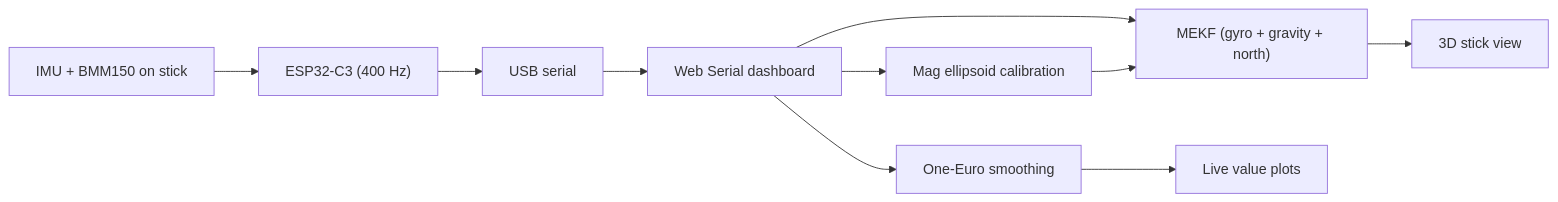
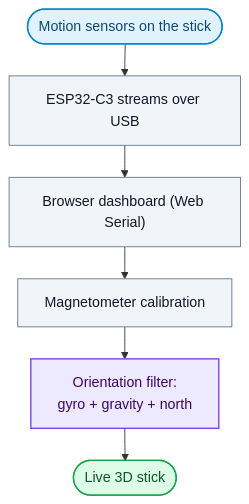
The diagram in projects/virtual-drumkit.md (arukh281/arukh281), drawn with Mermaid before and after one commit. The commit also changed 5 other files, not shown here.

Commit message:
Cleaner diagrams, Earmark back in Now, desi-tts repo link, vendor ledger

````diff
--- a/projects/virtual-drumkit.md
+++ b/projects/virtual-drumkit.md
@@ -13,12 +13,13 @@
 ```mermaid
-flowchart LR
-  A["IMU + BMM150 on stick"] --> B["ESP32-C3 (400 Hz)"]
-  B --> C["USB serial"]
-  C --> D["Web Serial dashboard"]
-  D --> F["Mag ellipsoid calibration"]
-  D --> G["MEKF (gyro + gravity + north)"]
-  F --> G
-  G --> H["3D stick view"]
-  D --> E["One-Euro smoothing"]
-  E --> I["Live value plots"]
+%%{init: {'flowchart': {'curve': 'basis', 'nodeSpacing': 30, 'rankSpacing': 36}}}%%
+flowchart TD
+    A(["Motion sensors on the stick"]):::in --> B["ESP32-C3 streams over USB"]:::step
+    B --> C["Browser dashboard (Web Serial)"]:::step
+    C --> D["Magnetometer calibration"]:::step
+    D --> E["Orientation filter:<br/>gyro + gravity + north"]:::ai
+    E --> F(["Live 3D stick"]):::out
+    classDef in fill:#e0f2fe,stroke:#0284c7,color:#0c4a6e,stroke-width:1.5px
+    classDef step fill:#f1f5f9,stroke:#64748b,color:#0f172a,stroke-width:1px
+    classDef ai fill:#ede9fe,stroke:#7c3aed,color:#3b0764,stroke-width:1.5px
+    classDef out fill:#dcfce7,stroke:#16a34a,color:#14532d,stroke-width:1.5px
 ```
````
